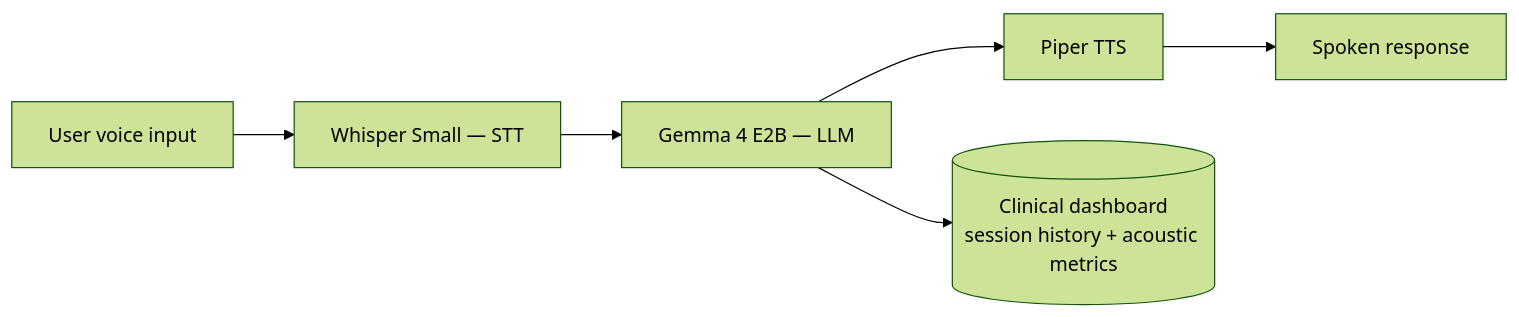
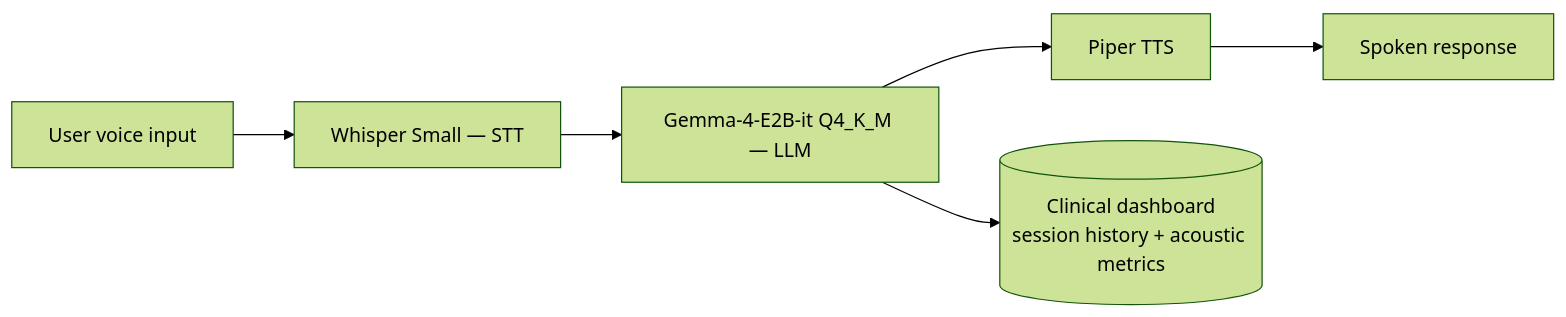
One commit to ILuuI/conversational-agent-for-emotional-support changed the diagram in readme.MD. Above: the diagram before and after it, drawn with Mermaid (forest theme). The commit also changed other lines of this file, not shown here.

````diff
--- a/readme.MD
+++ b/readme.MD
@@ -41,8 +41,8 @@
 ```mermaid
 flowchart LR
     A[User voice input] --> B[Whisper Small — STT]
-    B --> C[Gemma 4 E2B — LLM]
+    B --> C["Gemma-4-E2B-it Q4_K_M — LLM"]
     C --> D[Piper TTS]
     D --> E[Spoken response]
     C --> F[(Clinical dashboard<br/>session history + acoustic metrics)]
 ```
````
